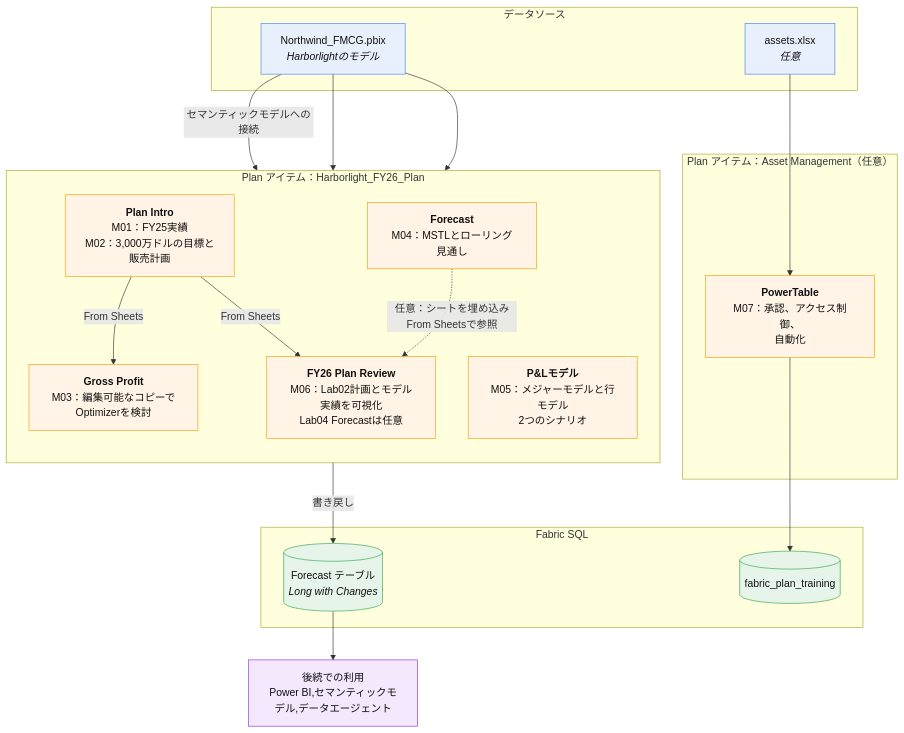
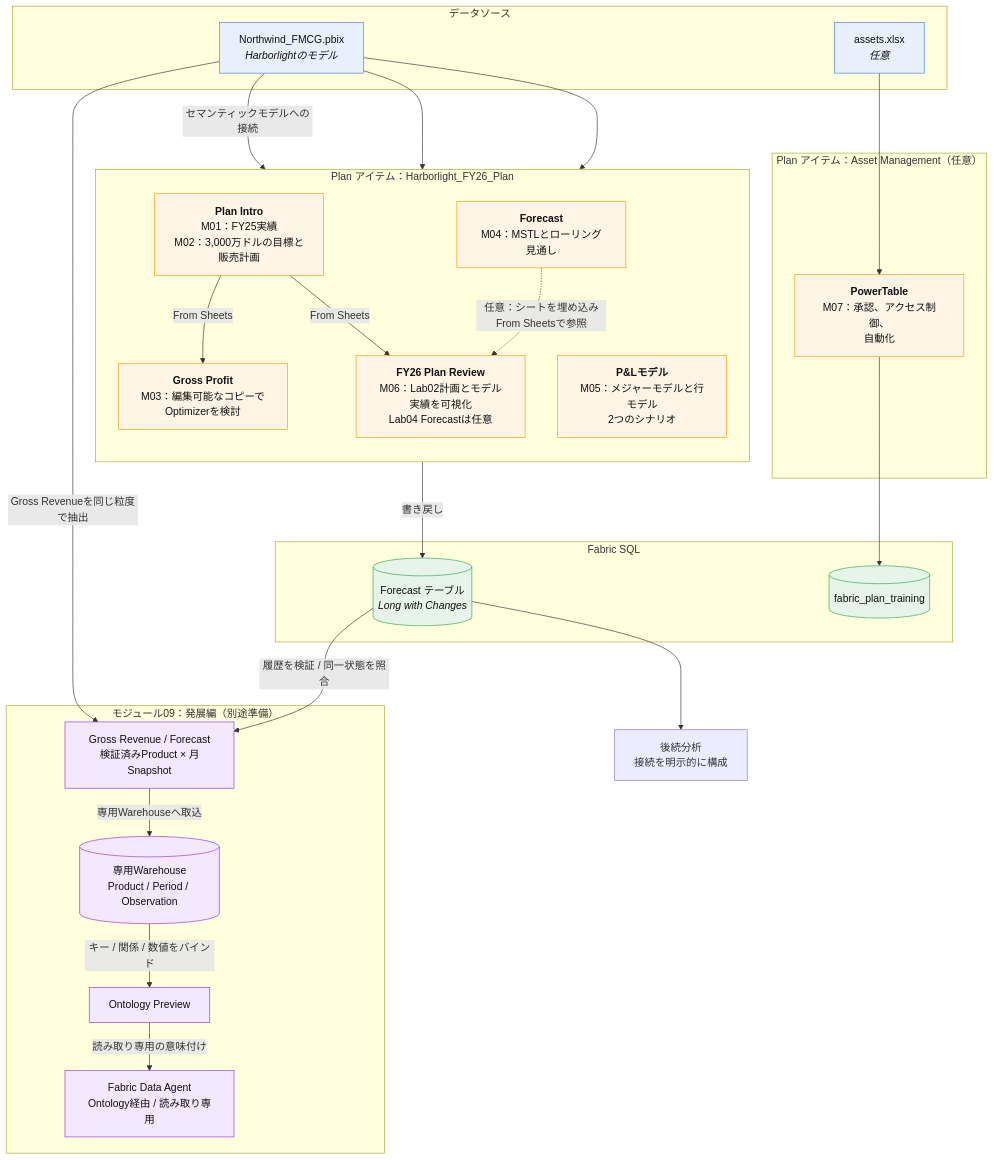
Before and after one commit to yang-jiayi/FabricPlanWorkshop: the first of 2 diagrams in assets/diagrams/lab-flow.md, drawn with Mermaid. The commit also changed other lines of this file and 14 other files, not shown here.

````diff
--- a/assets/diagrams/lab-flow.md
+++ b/assets/diagrams/lab-flow.md
@@ -5,49 +5,61 @@
 ```mermaid
 flowchart TB
     subgraph SRC["データソース"]
         PBIX["Northwind_FMCG.pbix<br/><i>Harborlightのモデル</i>"]
         XLSX["assets.xlsx<br/><i>任意</i>"]
     end
 
     subgraph ITEM["Plan アイテム：Harborlight_FY26_Plan"]
         direction TB
         PI["<b>Plan Intro</b><br/>M01：FY25実績<br/>M02：3,000万ドルの目標と販売計画"]
         GP["<b>Gross Profit</b><br/>M03：編集可能なコピーでOptimizerを検討"]
         FC["<b>Forecast</b><br/>M04：MSTLとローリング見通し"]
         PL["<b>P&amp;Lモデル</b><br/>M05：メジャーモデルと行モデル<br/>2つのシナリオ"]
         IS["<b>FY26 Plan Review</b><br/>M06：Lab02計画とモデル実績を可視化<br/>Lab04 Forecastは任意"]
     end
 
     subgraph PT["Plan アイテム：Asset Management（任意）"]
         PTS["<b>PowerTable</b><br/>M07：承認、アクセス制御、<br/>自動化"]
     end
 
     subgraph OUT["Fabric SQL"]
         SQL[("Forecast テーブル<br/><i>Long with Changes</i>")]
         ADB[("fabric_plan_training")]
     end
 
-    DS["後続での利用<br/>Power BI,セマンティックモデル,データエージェント"]
+    subgraph ADV["モジュール09：発展編（別途準備）"]
+        SNAP["Gross Revenue / Forecast<br/>検証済みProduct × 月Snapshot"]
+        WH[("専用Warehouse<br/>Product / Period / Observation")]
+        ONT["Ontology Preview"]
+        AGENT["Fabric Data Agent<br/>Ontology経由 / 読み取り専用"]
+    end
+
+    DS["後続分析<br/>接続を明示的に構成"]
 
     PBIX -->|セマンティックモデルへの接続| PI
     XLSX --> PTS
 
     PI -->|From Sheets| GP
     PI -->|From Sheets| IS
     FC -.->|任意：シートを埋め込みFrom Sheetsで参照| IS
     PBIX --> FC
     PBIX --> PL
 
     FC -->|書き戻し| SQL
     PTS --> ADB
     SQL --> DS
+    PBIX -->|Gross Revenueを同じ粒度で抽出| SNAP
+    SQL -->|履歴を検証 / 同一状態を照合| SNAP
+    SNAP -->|専用Warehouseへ取込| WH
+    WH -->|キー / 関係 / 数値をバインド| ONT
+    ONT -->|読み取り専用の意味付け| AGENT
 
     classDef src fill:#e8f0fe,stroke:#4285f4,color:#111
     classDef sheet fill:#fff4e5,stroke:#f59e0b,color:#111
     classDef out fill:#e6f4ea,stroke:#34a853,color:#111
     classDef ds fill:#f3e8fd,stroke:#9334e6,color:#111
     class PBIX,XLSX src
     class PI,GP,FC,PL,IS,PTS sheet
     class SQL,ADB out
-    class DS ds
+    class SNAP,WH,ONT,AGENT ds
 ```
````
